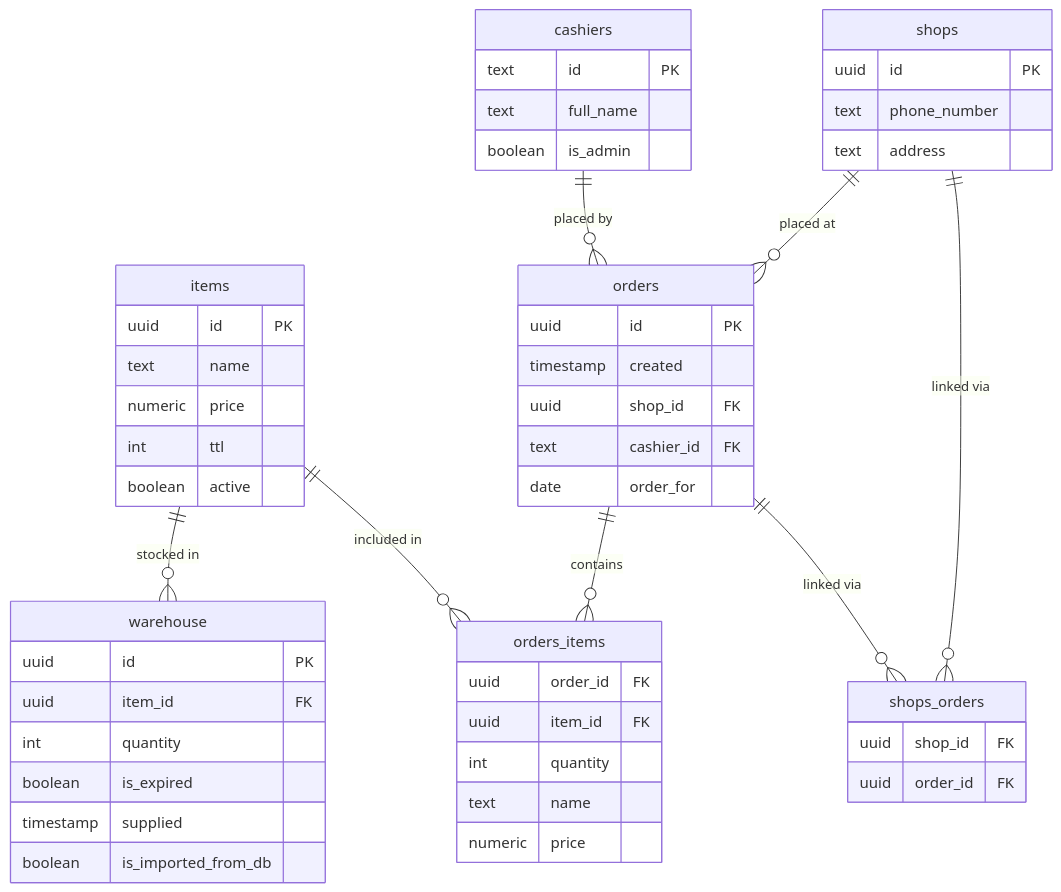
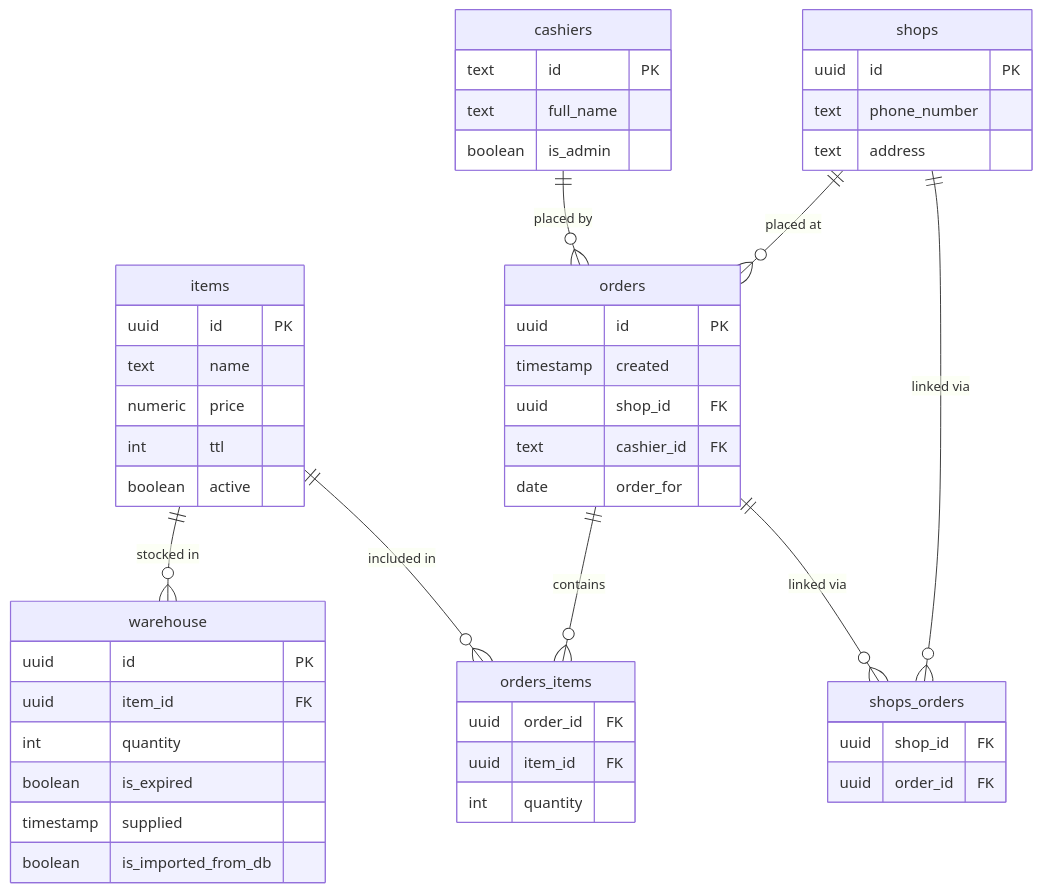
One commit to slavikyd/vanil_web changed the diagram in README.md. Above: the diagram before and after it, drawn with Mermaid.

Commit message:
Update README.md
Removed 'name' and 'price' fields from orders_items table.

````diff
--- a/README.md
+++ b/README.md
@@ -1,55 +1,53 @@
 ```mermaid
 erDiagram
     shops {
         uuid id PK
         text phone_number
         text address
     }
     items {
         uuid id PK
         text name
         numeric price
         int ttl
         boolean active
     }
     warehouse {
         uuid id PK
         uuid item_id FK
         int quantity
         boolean is_expired
         timestamp supplied
         boolean is_imported_from_db
     }
     cashiers {
         text id PK
         text full_name
         boolean is_admin
     }
     orders {
         uuid id PK
         timestamp created
         uuid shop_id FK
         text cashier_id FK
         date order_for
     }
     orders_items {
         uuid order_id FK
         uuid item_id FK
         int quantity
-        text name
-        numeric price
     }
     shops_orders {
         uuid shop_id FK
         uuid order_id FK
     }
 
     shops ||--o{ orders : "placed at"
     shops ||--o{ shops_orders : "linked via"
     cashiers ||--o{ orders : "placed by"
     orders ||--o{ orders_items : "contains"
     orders ||--o{ shops_orders : "linked via"
     items ||--o{ warehouse : "stocked in"
     items ||--o{ orders_items : "included in"
 
 ```
````
